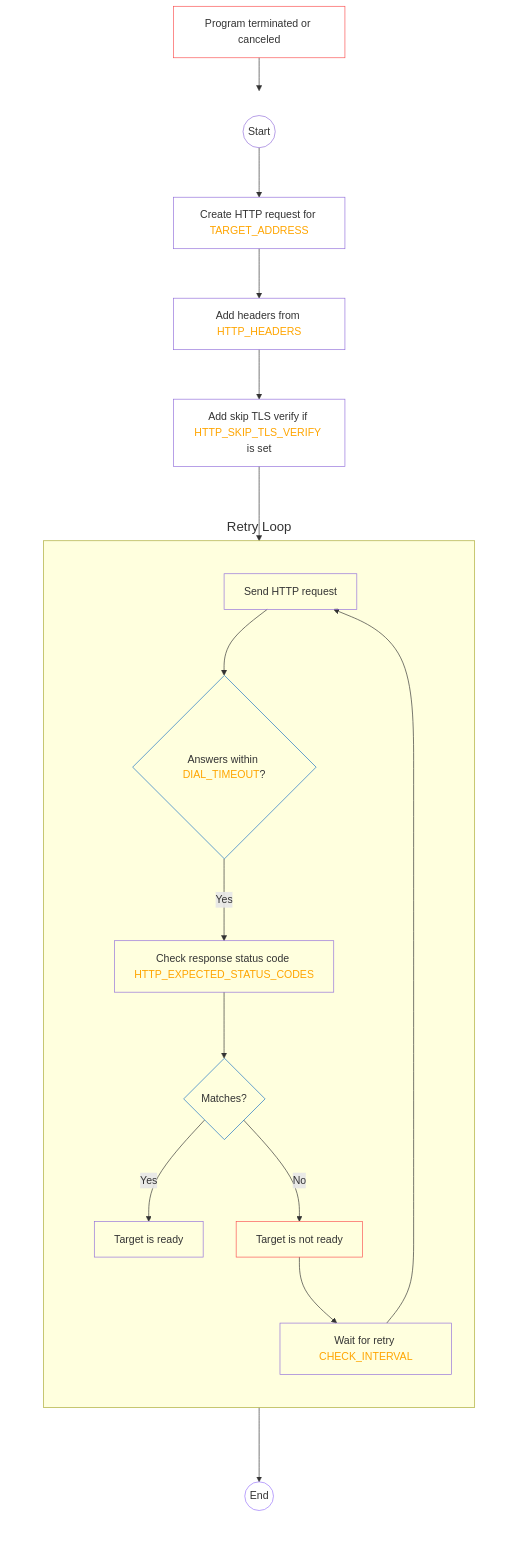
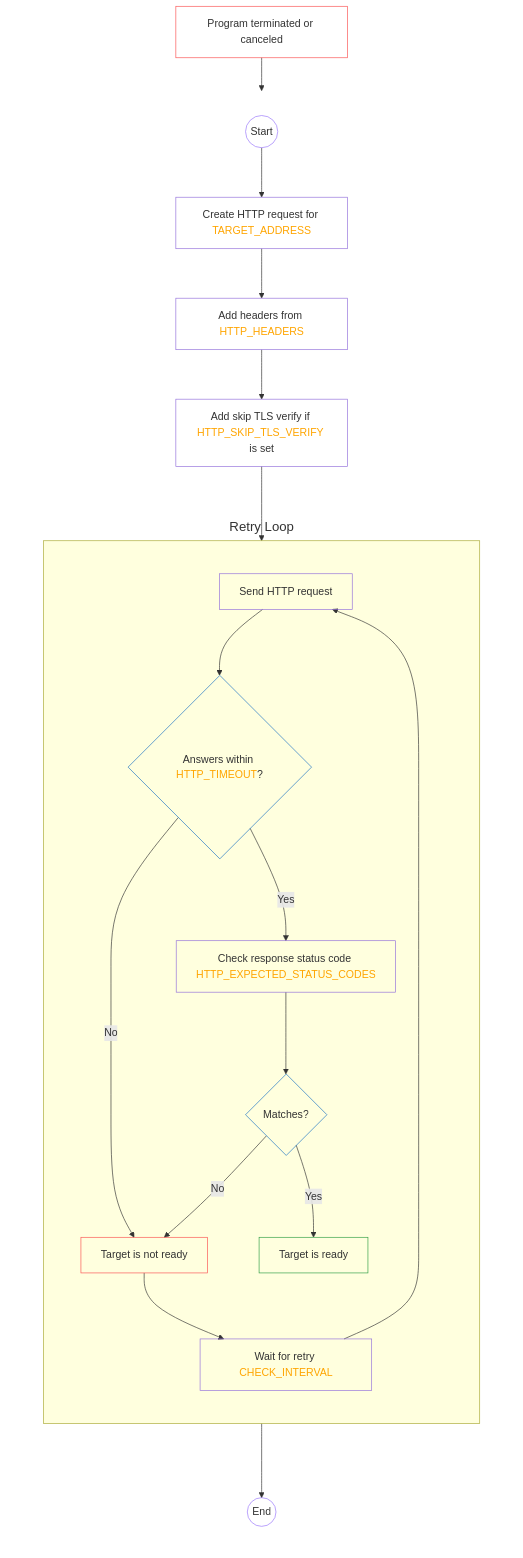
The second of 3 diagrams in README.md (containeroo/never), drawn with Mermaid before and after one commit. The commit also changed other lines of this file and 1 other file, not shown here.

````diff
--- a/README.md
+++ b/README.md
@@ -286,48 +374,52 @@
 ```mermaid
 flowchart TD;
     direction TB
     classDef noFill fill:none;
     classDef violet stroke:#9775fa;
     classDef green stroke:#2f9e44;
     classDef error stroke:#fa5252;
     classDef decision stroke:#1971c2;
     classDef transparent stroke:none,font-size:20px;
 
     subgraph MainFlow[ ]
         direction TB
         processStart((Start)) --> createRequest[Create HTTP request for <font color=orange>TARGET_ADDRESS</font>];
-        class start processStart;
+        class processStart violet;
 
         createRequest --> addHeaders[Add headers from <font color=orange>HTTP_HEADERS</font>];
         addHeaders --> addSkipTLS[Add skip TLS verify if <font color=orange>HTTP_SKIP_TLS_VERIFY</font> is set];
         addSkipTLS --> sendRequest[Send HTTP request];
 
         subgraph RetryLoop[Retry Loop]
             subgraph InnerLoop[ ]
                 direction TB
-                sendRequest --> checkTimeout{Answers within <font color=orange>DIAL_TIMEOUT</font>?};
+                sendRequest --> checkTimeout{Answers within <font color=orange>HTTP_TIMEOUT</font>?};
                 class checkTimeout decision;
+
                 checkTimeout -->|Yes| checkStatusCode[Check response status code <font color=orange>HTTP_EXPECTED_STATUS_CODES</font>];
+                checkTimeout -->|No| targetNotReady[Target is not ready];
+
                 checkStatusCode --> statusMatch{Matches?};
                 class statusMatch decision;
 
                 statusMatch -->|Yes| targetReady[Target is ready];
-                class targetReady success;
+                statusMatch -->|No| targetNotReady;
 
-                statusMatch -->|No| targetNotReady[Target is not ready];
+                class targetReady green;
                 class targetNotReady error;
+
                 targetNotReady --> waitRetry[Wait for retry <font color=orange>CHECK_INTERVAL</font>];
                 waitRetry --> sendRequest;
             end
         end
 
-    targetReady --> processEnd((End));
-    class processEnd violet;
+        targetReady --> processEnd((End));
+        class processEnd violet;
     end
 
     programTerminated[Program terminated or canceled] --> processEnd;
     class programTerminated error;
 
-class processStart,createRequest,addHeaders,addSkipTLS,sendRequest,checkTimeout,checkStatusCode,statusMatch,targetReady,targetNotReady,waitRetry,programTerminated,processEnd,MainFlow,RetryLoop noFill;
-class MainFlow,RetryLoop transparent;
+    class processStart,createRequest,addHeaders,addSkipTLS,sendRequest,checkTimeout,checkStatusCode,statusMatch,targetReady,targetNotReady,waitRetry,programTerminated,processEnd,MainFlow,RetryLoop noFill;
+    class MainFlow,RetryLoop transparent;
 ```
````
